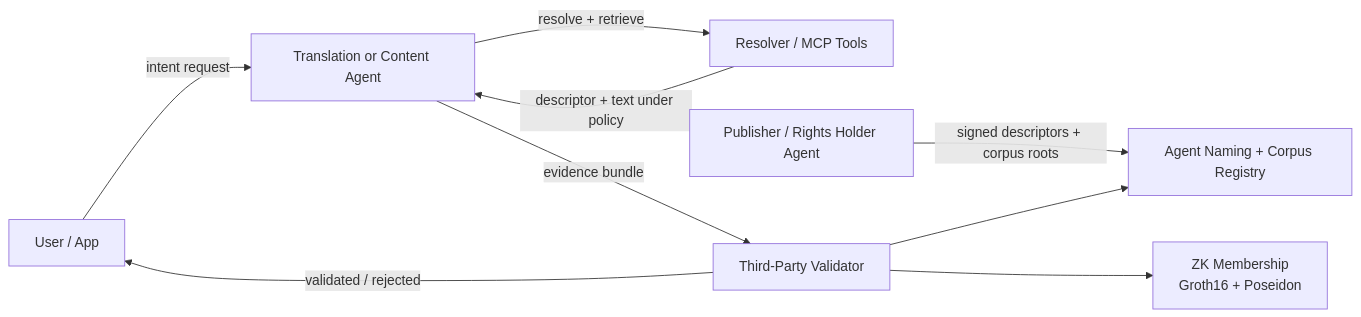
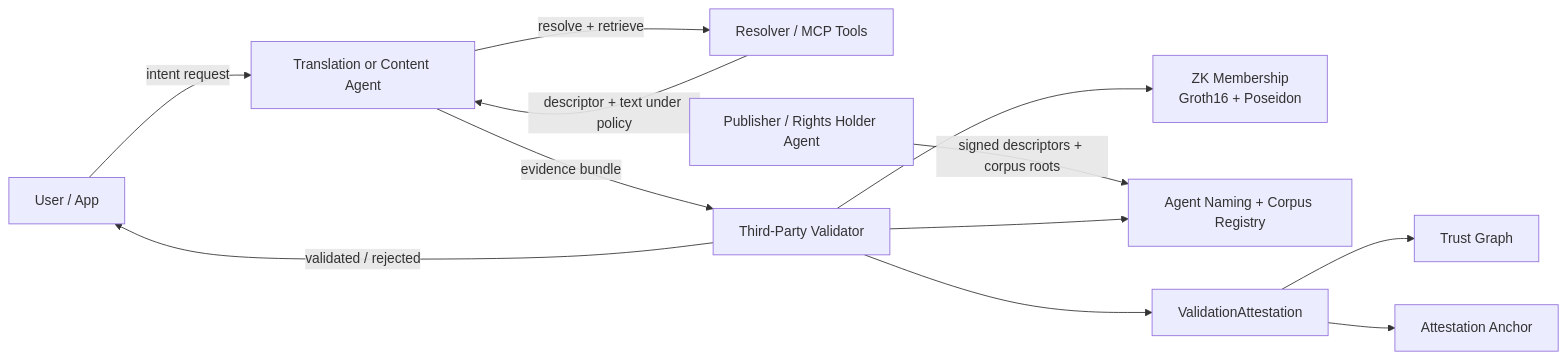
The first of 4 diagrams in documents/agentic-trust-technical-description.md (rpedersen3/verifiable-content-demo), drawn with Mermaid before and after one commit. The commit also changed other lines of this file and 13 other files, not shown here.

````diff
--- a/documents/agentic-trust-technical-description.md
+++ b/documents/agentic-trust-technical-description.md
@@ -31,19 +34,25 @@
 ```mermaid
 flowchart LR
   User["User / App"]
   Agent["Translation or Content Agent"]
   Resolver["Resolver / MCP Tools"]
   Issuer["Publisher / Rights Holder Agent"]
   Validator["Third-Party Validator"]
   ZK["ZK Membership\nGroth16 + Poseidon"]
   Registry["Agent Naming + Corpus Registry"]
+  Attestation["ValidationAttestation"]
+  Graph["Trust Graph"]
+  Anchor["Attestation Anchor"]
 
   User -->|"intent request"| Agent
   Agent -->|"resolve + retrieve"| Resolver
   Resolver -->|"descriptor + text under policy"| Agent
   Issuer -->|"signed descriptors + corpus roots"| Registry
   Agent -->|"evidence bundle"| Validator
   Validator -->|"validated / rejected"| User
   Validator --> Registry
   Validator --> ZK
+  Validator --> Attestation
+  Attestation --> Graph
+  Attestation --> Anchor
 ```
````
